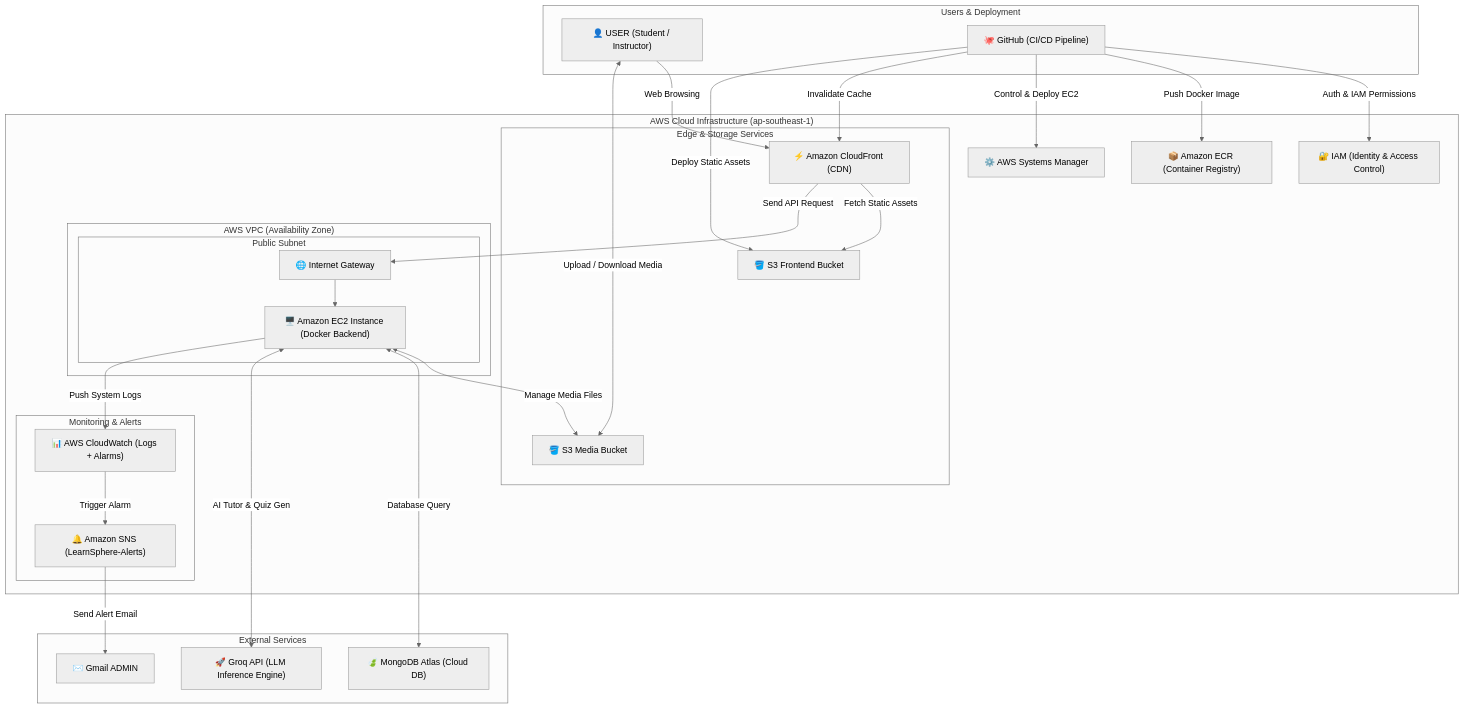
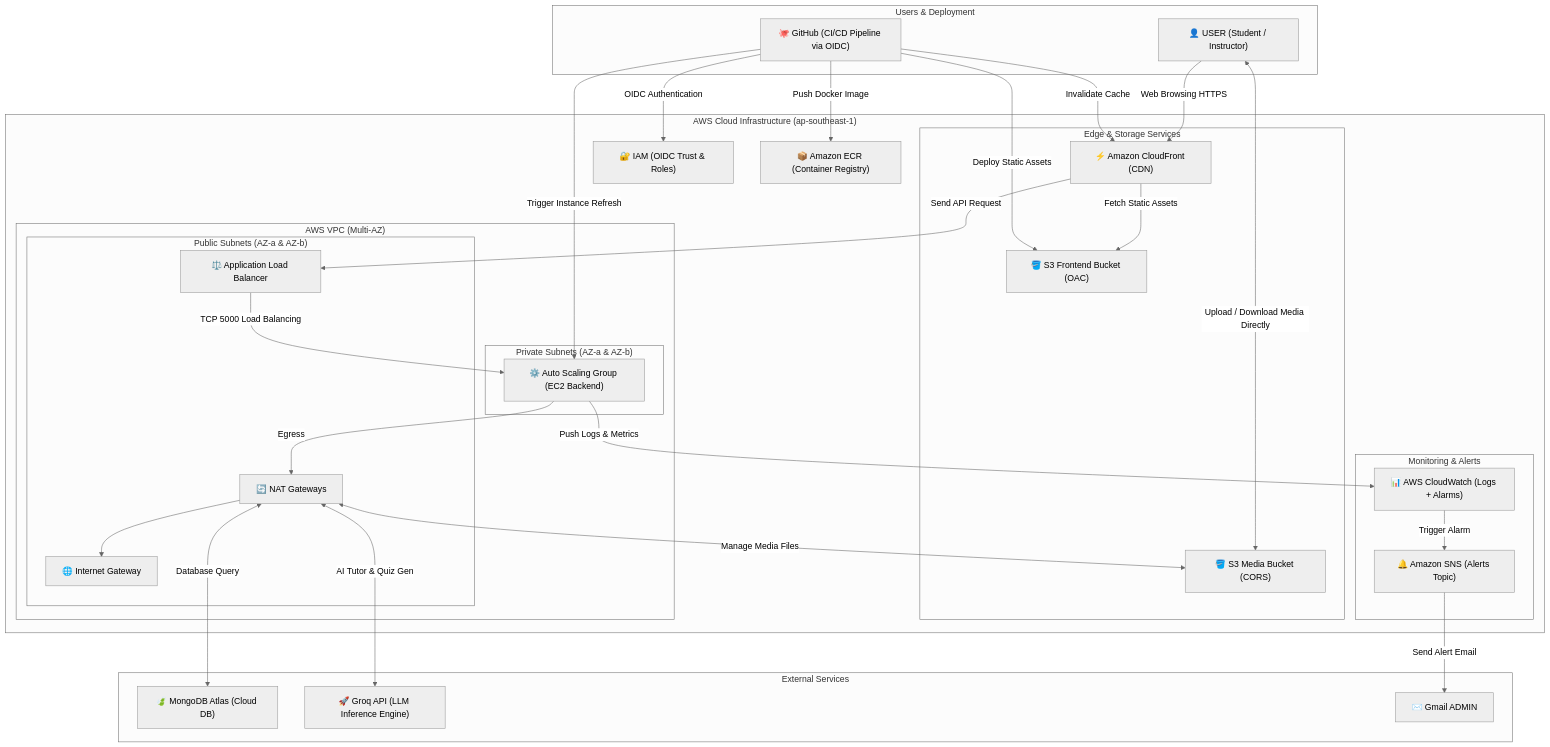
The diagram in content/2-Proposal/_index.md (Sonnguyen2410/Report_Nguyen_Hong_Son), drawn with Mermaid (neutral theme) before and after one commit. The commit also changed other lines of this file and 245 other files, not shown here.

```diff
--- a/content/2-Proposal/_index.md
+++ b/content/2-Proposal/_index.md
@@ -39,61 +39,67 @@
 {{< mermaid >}}
 graph TD
     subgraph Users_Dev ["Users & Deployment"]
         User["👤 USER (Student / Instructor)"]
-        GitHub["🐙 GitHub (CI/CD Pipeline)"]
+        GitHub["🐙 GitHub (CI/CD Pipeline via OIDC)"]
     end
 
     subgraph AWS_Cloud ["AWS Cloud Infrastructure (ap-southeast-1)"]
-        IAM["🔐 IAM (Identity & Access Control)"]
+        IAM["🔐 IAM (OIDC Trust & Roles)"]
         ECR["📦 Amazon ECR (Container Registry)"]
-        SSM["⚙️ AWS Systems Manager"]
 
         subgraph Edge_Storage ["Edge & Storage Services"]
             CloudFront["⚡ Amazon CloudFront (CDN)"]
-            S3_FE["🪣 S3 Frontend Bucket"]
-            S3_Media["🪣 S3 Media Bucket"]
+            S3_FE["🪣 S3 Frontend Bucket (OAC)"]
+            S3_Media["🪣 S3 Media Bucket (CORS)"]
         end
 
-        subgraph VPC ["AWS VPC (Availability Zone)"]
-            subgraph PublicSubnet ["Public Subnet"]
+        subgraph VPC ["AWS VPC (Multi-AZ)"]
+            subgraph PublicSubnets ["Public Subnets (AZ-a & AZ-b)"]
                 IGW["🌐 Internet Gateway"]
-                EC2["🖥️ Amazon EC2 Instance (Docker Backend)"]
+                ALB["⚖️ Application Load Balancer"]
+                NAT["🔄 NAT Gateways"]
+            end
+            
+            subgraph PrivateSubnets ["Private Subnets (AZ-a & AZ-b)"]
+                ASG["⚙️ Auto Scaling Group (EC2 Backend)"]
             end
         end
 
         subgraph Monitoring_Alerts ["Monitoring & Alerts"]
             CloudWatch["📊 AWS CloudWatch (Logs + Alarms)"]
-            SNS["🔔 Amazon SNS (LearnSphere-Alerts)"]
+            SNS["🔔 Amazon SNS (Alerts Topic)"]
         end
     end
 
     subgraph External ["External Services"]
         MongoDB["🍃 MongoDB Atlas (Cloud DB)"]
         Groq["🚀 Groq API (LLM Inference Engine)"]
         Gmail["✉️ Gmail ADMIN"]
     end
 
     %% User Flow
-    User -->|Web Browsing| CloudFront
+    User -->|Web Browsing HTTPS| CloudFront
     CloudFront -->|Fetch Static Assets| S3_FE
-    CloudFront -->|Send API Request| IGW
-    IGW --> EC2
-    User <-->|Upload / Download Media| S3_Media
+    CloudFront -->|Send API Request| ALB
+    ALB -->|TCP 5000 Load Balancing| ASG
+    User <-->|Upload / Download Media Directly| S3_Media
 
     %% GitHub CI/CD Flow
-    GitHub -->|Auth & IAM Permissions| IAM
+    GitHub -->|OIDC Authentication| IAM
     GitHub -->|Push Docker Image| ECR
-    GitHub -->|Control & Deploy EC2| SSM
+    GitHub -->|Trigger Instance Refresh| ASG
     GitHub -->|Invalidate Cache| CloudFront
     GitHub -->|Deploy Static Assets| S3_FE
 
-    %% EC2 Core Services
-    EC2 <-->|Manage Media Files| S3_Media
-    EC2 <-->|Database Query| MongoDB
-    EC2 <-->|AI Tutor & Quiz Gen| Groq
-    EC2 -->|Push System Logs| CloudWatch
+    %% Backend Flow
+    ASG -->|Egress| NAT
+    NAT --> IGW
+    NAT <-->|Manage Media Files| S3_Media
+    NAT <-->|Database Query| MongoDB
+    NAT <-->|AI Tutor & Quiz Gen| Groq
+    ASG -->|Push Logs & Metrics| CloudWatch
 
     %% System Monitoring & Notification Loop
     CloudWatch -->|Trigger Alarm| SNS
     SNS -->|Send Alert Email| Gmail
 {{< /mermaid >}}
```
